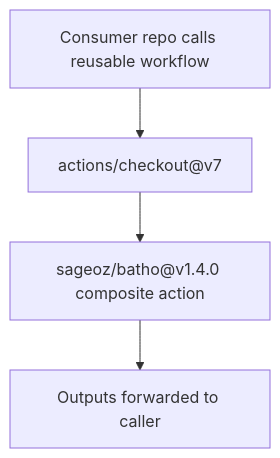
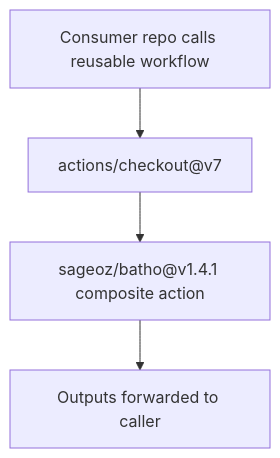
One commit to sageoz/Batho changed the diagram in docs-site/docs/cicd/reusable-workflow.md. Above: the diagram before and after it, drawn with Mermaid. The commit also changed other lines of this file and 19 other files, not shown here.

````diff
--- a/docs-site/docs/cicd/reusable-workflow.md
+++ b/docs-site/docs/cicd/reusable-workflow.md
@@ -7,6 +7,6 @@
 ```mermaid
 flowchart TD
     A["Consumer repo calls reusable workflow"] --> B["actions/checkout@v7"]
-    B --> C["sageoz/batho@v1.4.0 composite action"]
+    B --> C["sageoz/batho@v1.4.1 composite action"]
     C --> D["Outputs forwarded to caller"]
 ```
````
